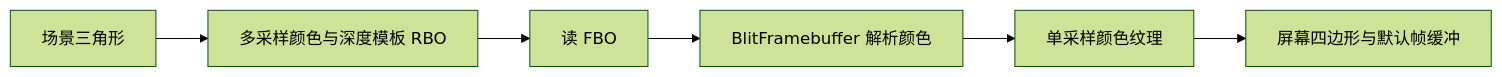
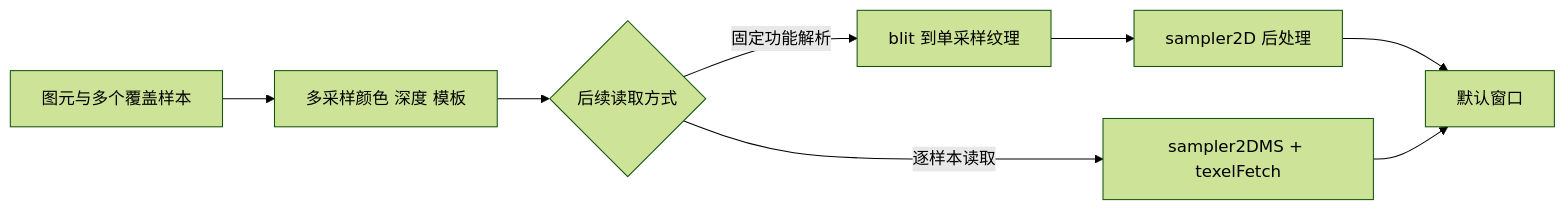
One commit to with-fair-wind/OpenGL changed the diagram in docs/04_advanced_opengl/11_anti_aliasing.md. Above: the diagram before and after it, drawn with Mermaid (forest theme). The commit also changed other lines of this file and 107 other files, not shown here.

````diff
--- a/docs/04_advanced_opengl/11_anti_aliasing.md
+++ b/docs/04_advanced_opengl/11_anti_aliasing.md
@@ -14,8 +23,10 @@
 ```mermaid
 flowchart LR
-    A[场景三角形] --> B[多采样颜色与深度模板 RBO]
-    B --> C[读 FBO]
-    C --> D[BlitFramebuffer 解析颜色]
-    D --> E[单采样颜色纹理]
-    E --> F[屏幕四边形与默认帧缓冲]
+    A[图元与多个覆盖样本] --> B[多采样颜色 深度 模板]
+    B --> C{后续读取方式}
+    C -->|固定功能解析| D[blit 到单采样纹理]
+    D --> E[sampler2D 后处理]
+    C -->|逐样本读取| F[sampler2DMS + texelFetch]
+    E --> G[默认窗口]
+    F --> G
 ```
````
